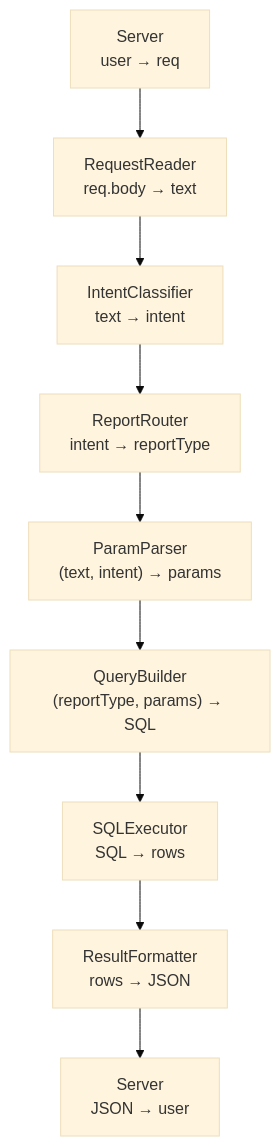
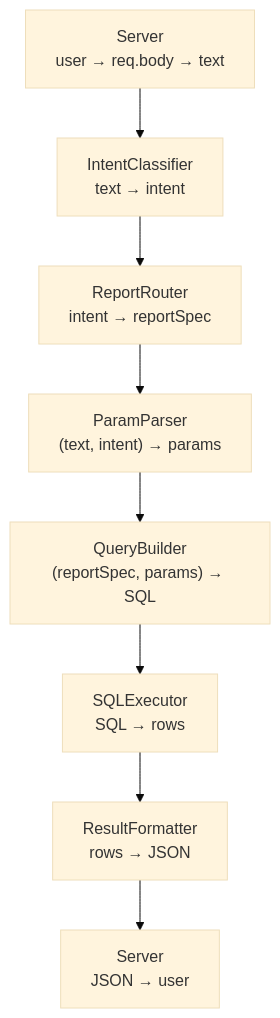
Before and after one commit to mcescher2018/llm2x-diary: the diagram in posts/2026-06-27-piccolo-è-bello.md, drawn with Mermaid (base theme). The commit also changed other lines of this file and 3 other files, not shown here.

````diff
--- a/posts/2026-06-27-piccolo-è-bello.md
+++ b/posts/2026-06-27-piccolo-è-bello.md
@@ -14,21 +14,19 @@
 ```mermaid
 flowchart TD
 
-    A["Server\nuser → req"]
+    A["Server\nuser → req.body → text"]
 
-    --> B["RequestReader\nreq.body → text"]
+    --> B["IntentClassifier\ntext → intent"]
 
-    B --> C["IntentClassifier\ntext → intent"]
+    B --> C["ReportRouter\nintent → reportSpec"]
 
-    C --> D["ReportRouter\nintent → reportType"]
+    C --> D["ParamParser\n(text, intent) → params"]
 
-    D --> E["ParamParser\n(text, intent) → params"]
+    D --> E["QueryBuilder\n(reportSpec, params) → SQL"]
 
-    E --> F["QueryBuilder\n(reportType, params) → SQL"]
+    E --> F["SQLExecutor\nSQL → rows"]
 
-    F --> G["SQLExecutor\nSQL → rows"]
+    F --> G["ResultFormatter\nrows → JSON"]
 
-    G --> H["ResultFormatter\nrows → JSON"]
-
-    H --> I["Server\nJSON → user"]
+    G --> H["Server\nJSON → user"]
 ```
````
